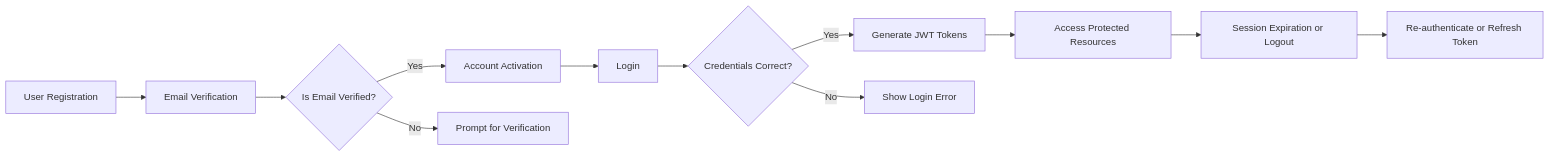
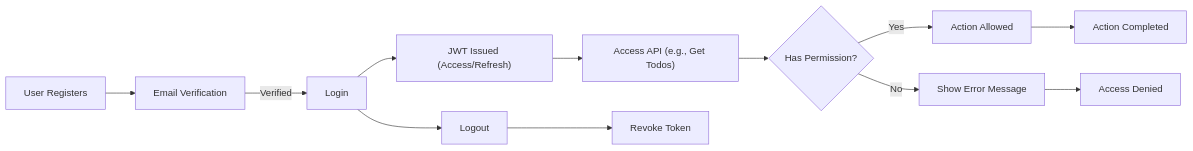
Before and after one commit to wrtnlabs/autobe-example-todo-openai-gpt-4.1: the diagram in docs/analysis/02-user-roles-and-authentication.md, drawn with Mermaid. The commit also changed other lines of this file and 154 other files, not shown here.

````diff
--- a/docs/analysis/02-user-roles-and-authentication.md
+++ b/docs/analysis/02-user-roles-and-authentication.md
@@ -103,14 +102,14 @@
 ```mermaid
 graph LR
-    A["User Registration"] --> B["Email Verification"]
-    B --> C{"Is Email Verified?"}
-    C -->|"Yes"| D["Account Activation"]
-    C -->|"No"| E["Prompt for Verification"]
-    D --> F["Login" ]
-    F --> G{"Credentials Correct?"}
-    G -->|"Yes"| H["Generate JWT Tokens"]
-    G -->|"No"| I["Show Login Error"]
-    H --> J["Access Protected Resources"]
-    J --> K["Session Expiration or Logout"]
-    K --> L["Re-authenticate or Refresh Token"]
+A["User Registers"] --> B["Email Verification"]
+B --> |"Verified"| C["Login"]
+C --> D["JWT Issued (Access/Refresh)"]
+D --> E["Access API (e.g., Get Todos)"]
+E --> F{"Has Permission?"}
+F -->|"Yes"| G["Action Allowed"]
+F -->|"No"| H["Show Error Message"]
+G --> I["Action Completed"]
+H --> J["Access Denied"]
+C --> K["Logout"]
+K --> L["Revoke Token"]
 ```
````
